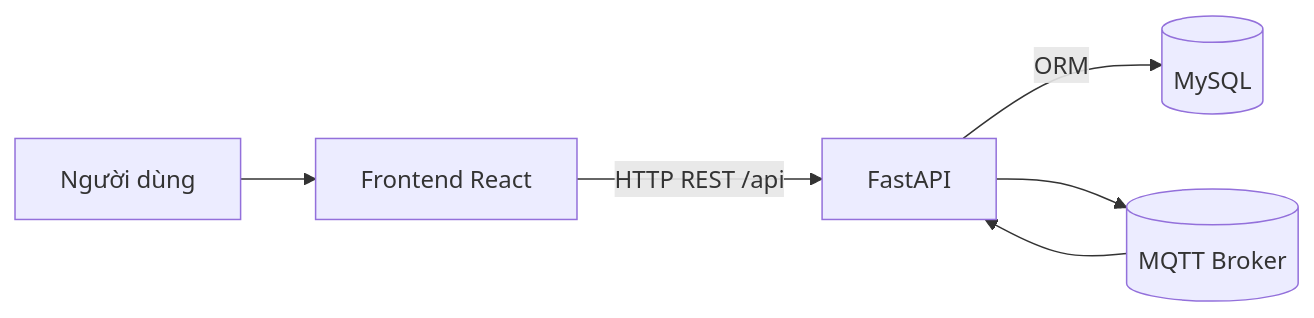
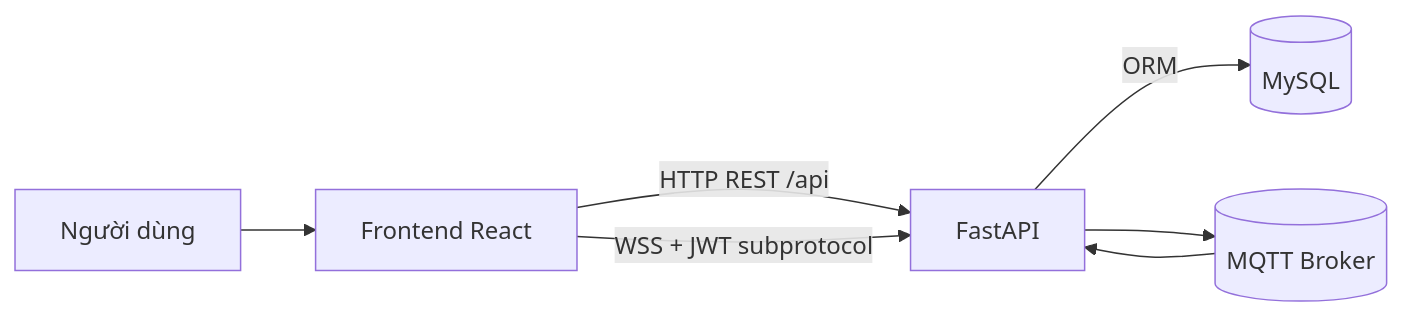
Before and after one commit to khanhpn308/lamitek_demo_docs: the diagram in architecture/system-architecture.md, drawn with Mermaid. The commit also changed other lines of this file and 27 other files, not shown here.

````diff
--- a/architecture/system-architecture.md
+++ b/architecture/system-architecture.md
@@ -16,8 +16,9 @@
 ```mermaid
 flowchart LR
   NguoiDung[Người dùng] --> TrinhDuyet[Frontend React]
   TrinhDuyet -->|HTTP REST /api| Backend[FastAPI]
+  TrinhDuyet -->|WSS + JWT subprotocol| Backend
   Backend -->|ORM| MySQL[(MySQL)]
   Backend --> MQTT[(MQTT Broker)]
   MQTT --> Backend
 ```
````
